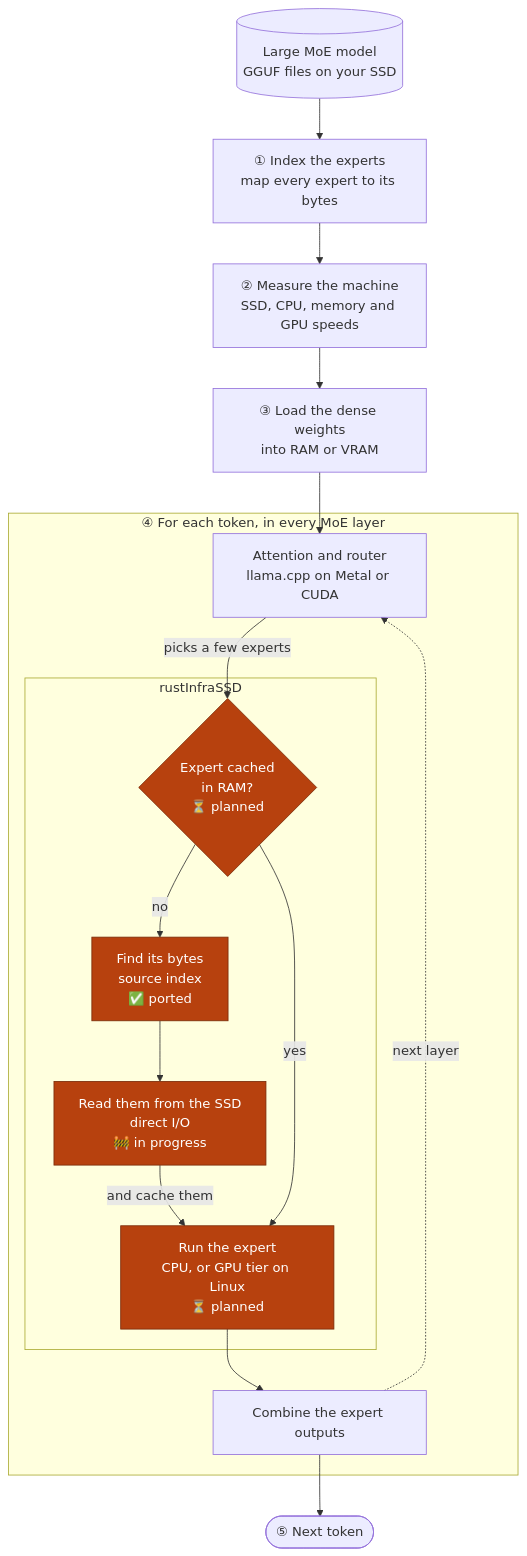
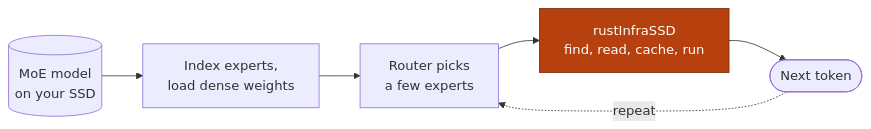
Before and after one commit to Fazmin/rustInfraSSD: the diagram in README.md, drawn with Mermaid. The commit also changed other lines of this file, not shown here.

Commit message:
Refine flowchart in README.md for clarity and accuracy

````diff
--- a/README.md
+++ b/README.md
@@ -31,29 +31,11 @@
 ```mermaid
-flowchart TB
-    model[("Large MoE model<br/>GGUF files on your SSD")]
-    index["① Index the experts<br/>map every expert to its bytes"]
-    probe["② Measure the machine<br/>SSD, CPU, memory and GPU speeds"]
-    dense["③ Load the dense weights<br/>into RAM or VRAM"]
-    model --> index --> probe --> dense --> attn
-
-    subgraph layer ["④ For each token, in every MoE layer"]
-        attn["Attention and router<br/>llama.cpp on Metal or CUDA"]
-        subgraph rust ["rustInfraSSD"]
-            hit{"Expert cached<br/>in RAM?<br/>⏳ planned"}
-            lookup["Find its bytes<br/>source index<br/>✅ ported"]
-            read["Read them from the SSD<br/>direct I/O<br/>🚧 in progress"]
-            compute["Run the expert<br/>CPU, or GPU tier on Linux<br/>⏳ planned"]
-            hit -- "no" --> lookup --> read -- "and cache them" --> compute
-            hit -- "yes" --> compute
-        end
-        combine["Combine the expert outputs"]
-        attn -- "picks a few experts" --> hit
-        compute --> combine
-        combine -. "next layer" .-> attn
-    end
-
-    combine --> token(["⑤ Next token"])
+flowchart LR
+    model[("MoE model<br/>on your SSD")] --> setup["Index experts,<br/>load dense weights"]
+    setup --> router["Router picks<br/>a few experts"]
+    router --> rust["rustInfraSSD<br/>find, read, cache, run"]
+    rust --> token(["Next token"])
+    token -. "repeat" .-> router
 
     classDef rustbox fill:#b7410e,stroke:#7a2b09,color:#ffffff
-    class hit,lookup,read,compute rustbox
+    class rust rustbox
 ```
````
